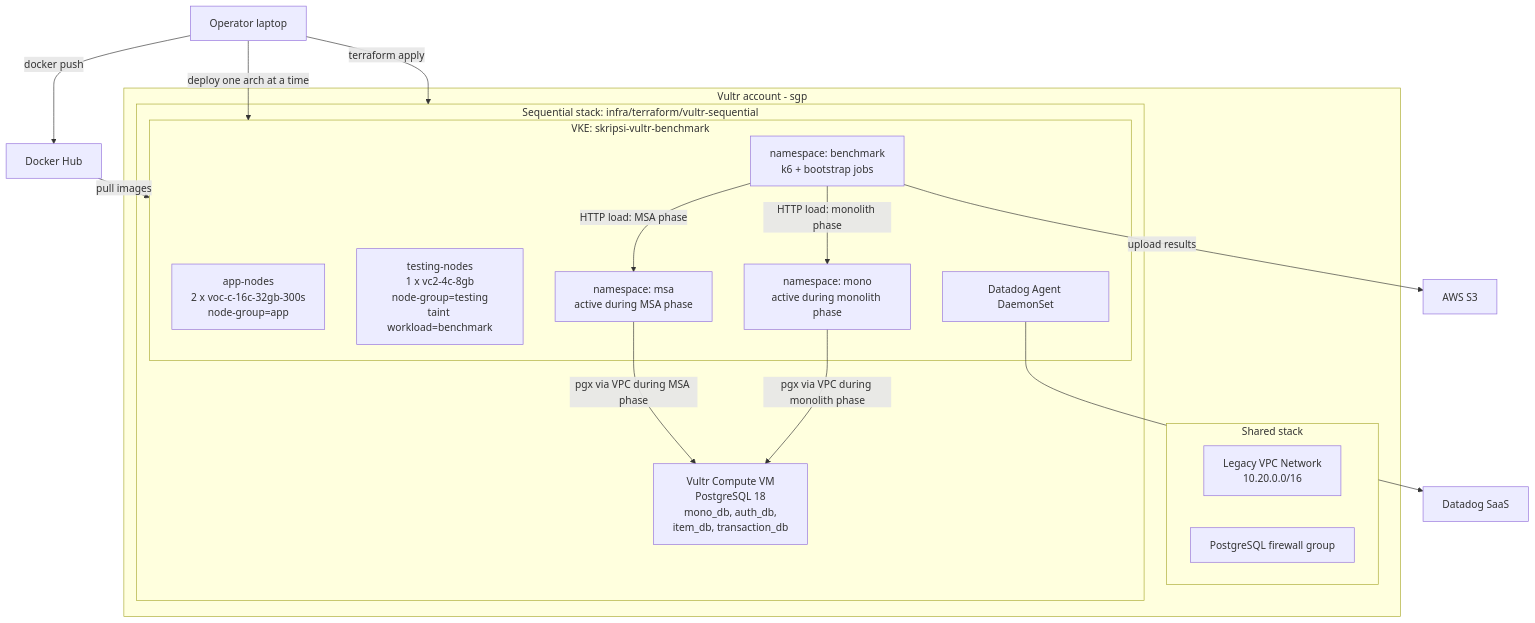
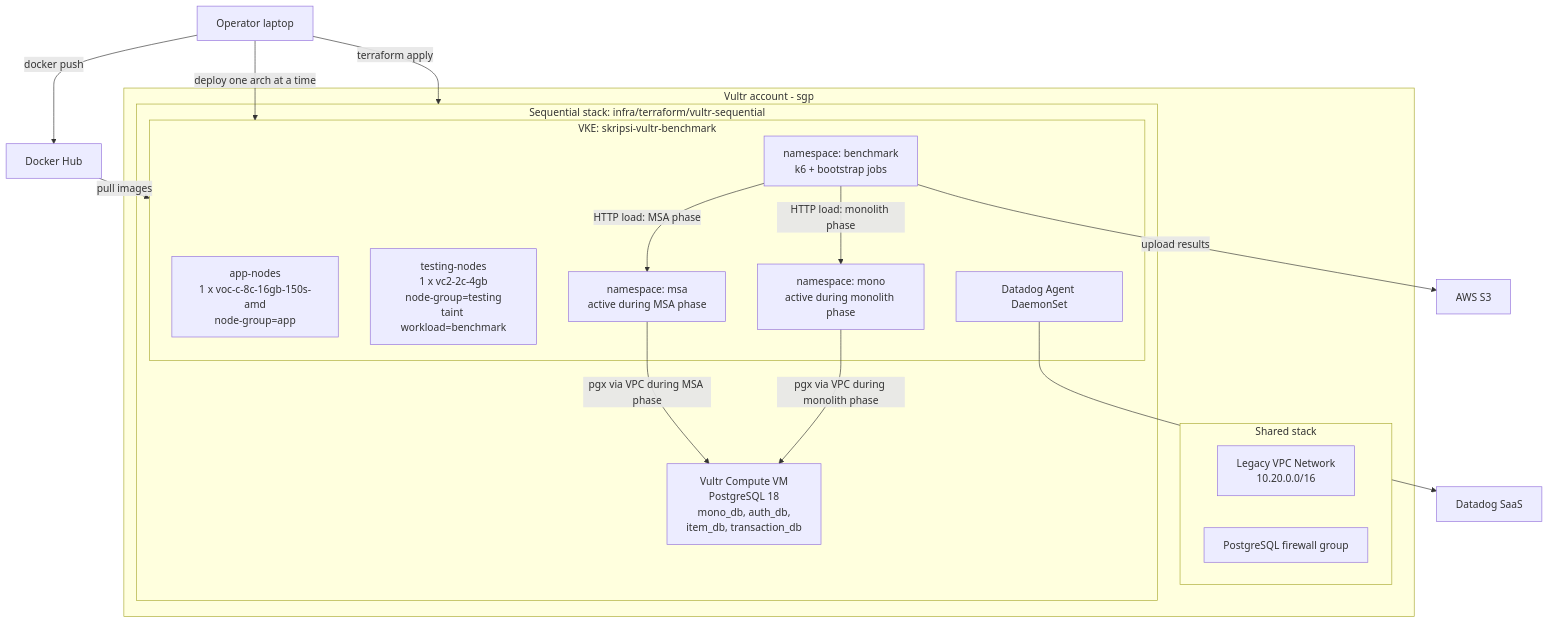
Before and after one commit to Ahmad-mufied/monolith-vs-microservice-thesis: the fourth of 4 diagrams in docs/diagrams/cloud-architecture.md, drawn with Mermaid. The commit also changed other lines of this file and 44 other files, not shown here.

````diff
--- a/docs/diagrams/cloud-architecture.md
+++ b/docs/diagrams/cloud-architecture.md
@@ -236,41 +236,41 @@
 ```mermaid
 flowchart TB
   operator["Operator laptop"]
   dockerhub["Docker Hub"]
   datadog["Datadog SaaS"]
   s3["AWS S3"]
 
   subgraph vultr["Vultr account - sgp"]
     subgraph shared["Shared stack"]
       vpc["Legacy VPC Network<br/>10.20.0.0/16"]
       fw["PostgreSQL firewall group"]
     end
 
     subgraph sequential["Sequential stack: infra/terraform/vultr-sequential"]
       subgraph benchmarkCluster["VKE: skripsi-vultr-benchmark"]
-        appPool["app-nodes<br/>2 x voc-c-16c-32gb-300s<br/>node-group=app"]
-        testPool["testing-nodes<br/>1 x vc2-4c-8gb<br/>node-group=testing<br/>taint workload=benchmark"]
+        appPool["app-nodes<br/>1 x voc-c-8c-16gb-150s-amd<br/>node-group=app"]
+        testPool["testing-nodes<br/>1 x vc2-2c-4gb<br/>node-group=testing<br/>taint workload=benchmark"]
         monoNs["namespace: mono<br/>active during monolith phase"]
         msaNs["namespace: msa<br/>active during MSA phase"]
         benchNs["namespace: benchmark<br/>k6 + bootstrap jobs"]
         agent["Datadog Agent DaemonSet"]
       end
 
       pgVm["Vultr Compute VM<br/>PostgreSQL 18<br/>mono_db, auth_db,<br/>item_db, transaction_db"]
     end
   end
 
   operator -->|"terraform apply"| sequential
   operator -->|"docker push"| dockerhub
   operator -->|"deploy one arch at a time"| benchmarkCluster
 
   dockerhub -->|"pull images"| benchmarkCluster
 
   monoNs -->|"pgx via VPC during monolith phase"| pgVm
   msaNs -->|"pgx via VPC during MSA phase"| pgVm
 
   benchNs -->|"HTTP load: monolith phase"| monoNs
   benchNs -->|"HTTP load: MSA phase"| msaNs
   benchNs -->|"upload results"| s3
   agent --> datadog
 ```
````
